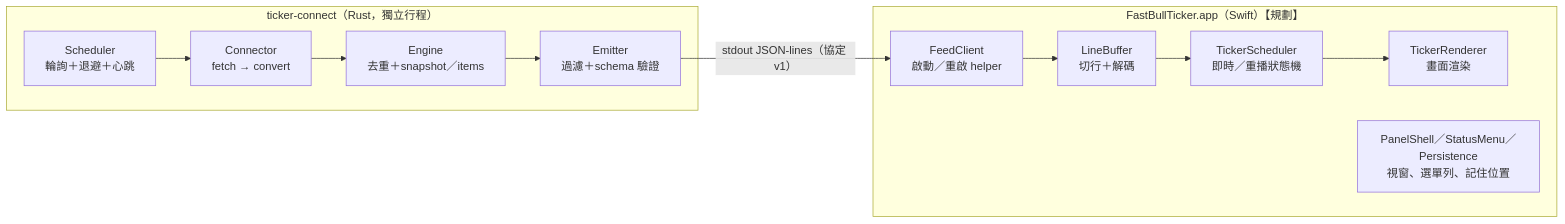
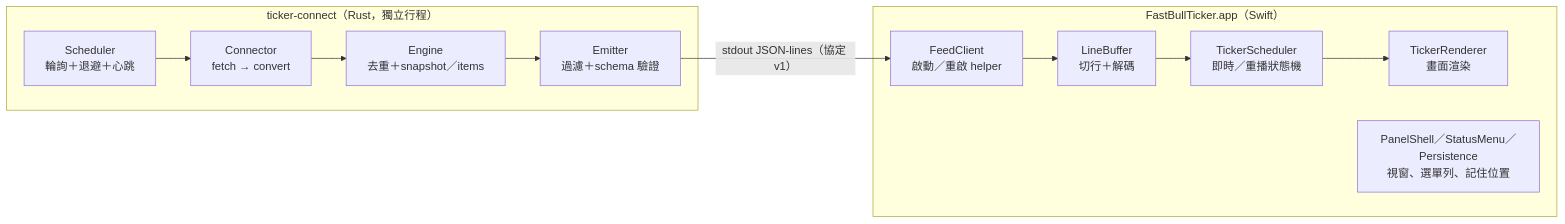
The diagram in README.md (YCHung1998/newsticker), drawn with Mermaid before and after one commit. The commit also changed other lines of this file and 24 other files, not shown here.

````diff
--- a/README.md
+++ b/README.md
@@ -177,15 +207,15 @@
 ```mermaid
 flowchart LR
   subgraph helper["ticker-connect（Rust，獨立行程）"]
     S[Scheduler<br/>輪詢＋退避＋心跳] --> C[Connector<br/>fetch → convert]
     C --> E[Engine<br/>去重＋snapshot／items]
     E --> M[Emitter<br/>過濾＋schema 驗證]
   end
   M -- "stdout JSON-lines（協定 v1）" --> F
-  subgraph app["FastBullTicker.app（Swift）【規劃】"]
+  subgraph app["FastBullTicker.app（Swift）"]
     F[FeedClient<br/>啟動／重啟 helper] --> L[LineBuffer<br/>切行＋解碼]
     L --> T[TickerScheduler<br/>即時／重播狀態機]
     T --> R[TickerRenderer<br/>畫面渲染]
     P[PanelShell／StatusMenu／Persistence<br/>視窗、選單列、記住位置]
   end
 ```
````
